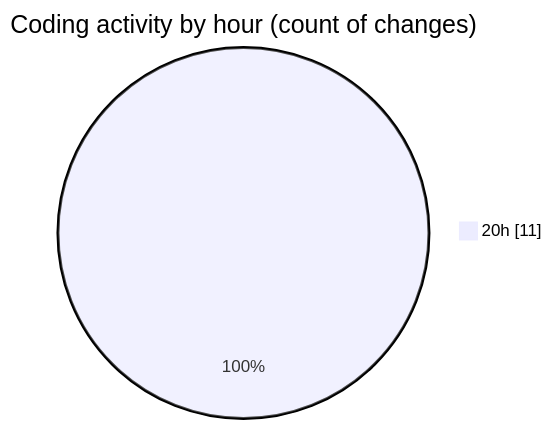
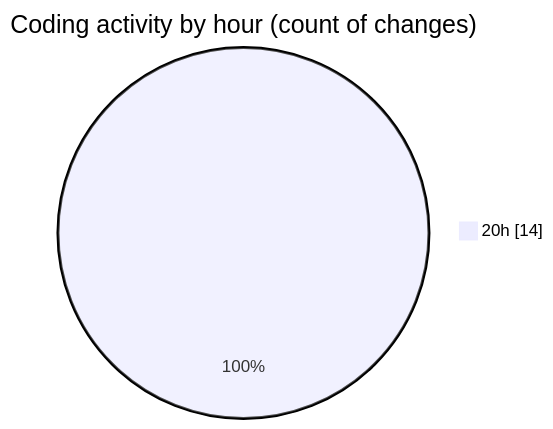
The second of 2 diagrams in 2025-10-29/skintrack/README.md (Netris89/code-tracking), drawn with Mermaid before and after one commit. The commit also changed other lines of this file and 1 other file, not shown here.

````diff
--- a/2025-10-29/skintrack/README.md
+++ b/2025-10-29/skintrack/README.md
@@ -34,5 +34,5 @@
 ```mermaid
 pie showData
 title Coding activity by hour (count of changes)
-"20h" : 11
+"20h" : 14
 ```
````
